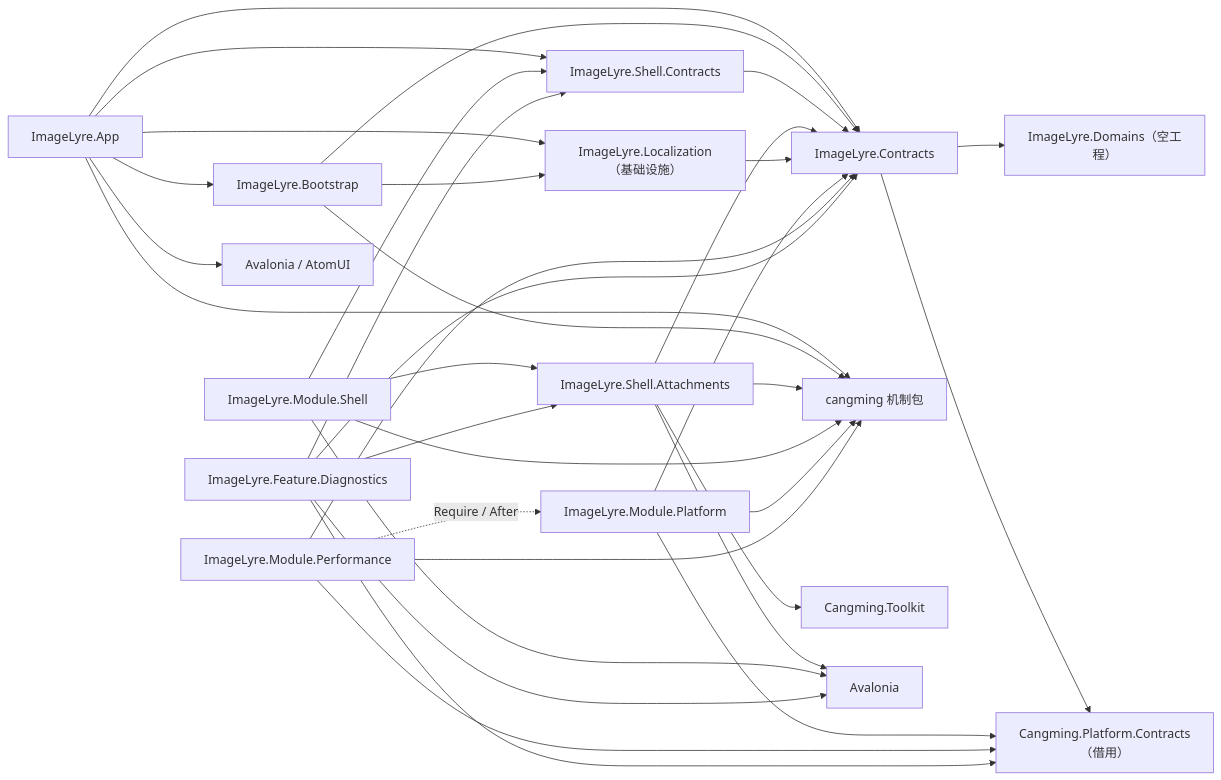
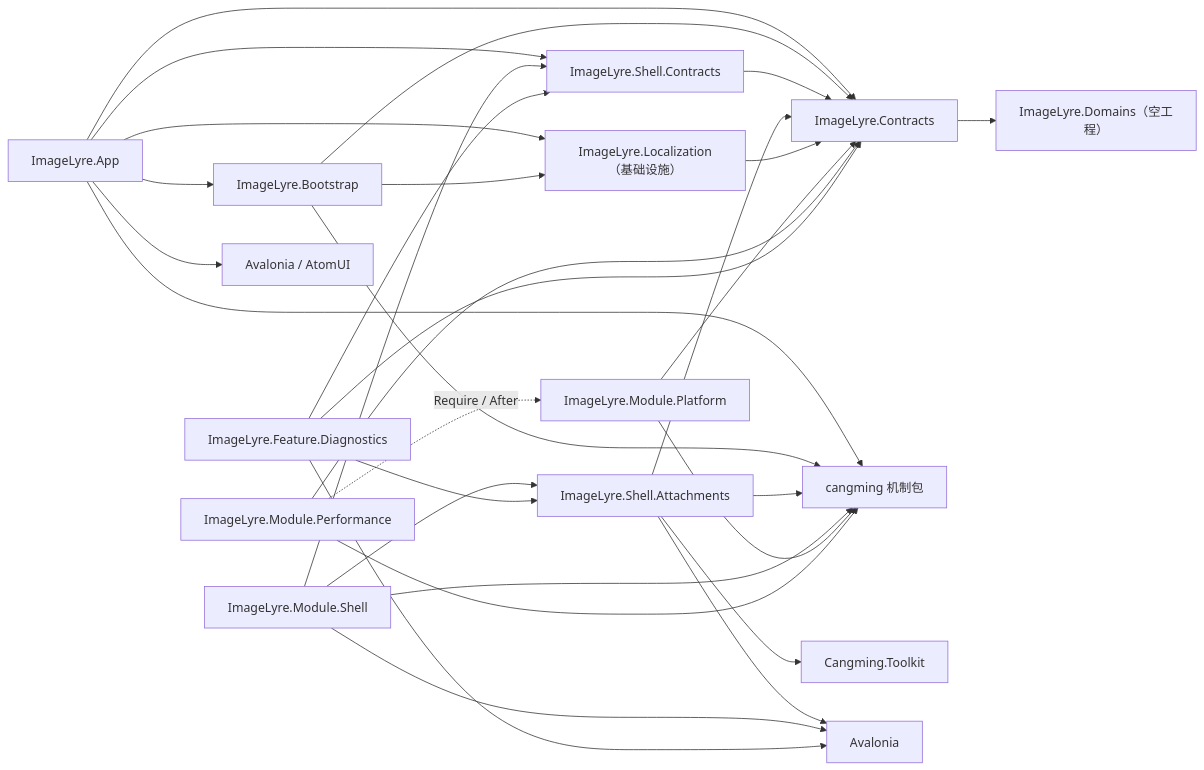
Before and after one commit to xknife-erian/ImageLyre: the first of 2 diagrams in docs/design/lukan/DESIGN-0001-M1-插件骨架.md, drawn with Mermaid. The commit also changed other lines of this file and 3 other files, not shown here.

````diff
--- a/docs/design/lukan/DESIGN-0001-M1-插件骨架.md
+++ b/docs/design/lukan/DESIGN-0001-M1-插件骨架.md
@@ -80,49 +81,44 @@
 ```mermaid
 flowchart LR
     BOOT["ImageLyre.Bootstrap"]
     APP["ImageLyre.App"]
     SC["ImageLyre.Shell.Contracts"]
     SA["ImageLyre.Shell.Attachments"]
     DC["ImageLyre.Contracts"]
     DN["ImageLyre.Domains（空工程）"]
     MS["ImageLyre.Module.Shell"]
     LOC["ImageLyre.Localization（基础设施）"]
     MC["ImageLyre.Module.Platform"]
     MG["ImageLyre.Module.Performance"]
     FD["ImageLyre.Feature.Diagnostics"]
-    PC["Cangming.Platform.Contracts（借用）"]
 
     APP --> BOOT
     APP --> SC
     APP --> DC
     APP --> CM
     APP --> AV["Avalonia / AtomUI"]
     BOOT --> CM["cangming 机制包"]
     BOOT --> DC
     SC --> DC
     SA --> DC
     SA --> CM
     SA --> TK["Cangming.Toolkit"]
     SA --> AVL["Avalonia"]
     DC --> DN
     MS --> SC
     MS --> SA
     MS --> CM
     MS --> AVL
     LOC --> DC
     APP --> LOC
     BOOT --> LOC
     MC --> DC
     MC --> CM
     MG --> DC
     MG --> CM
     MG -.->|"Require / After"| MC
     FD --> SC
     FD --> SA
     FD --> DC
     FD --> AVL
-    DC --> PC
-    MC --> PC
-    MG --> PC
-    FD --> PC
 ```
````
